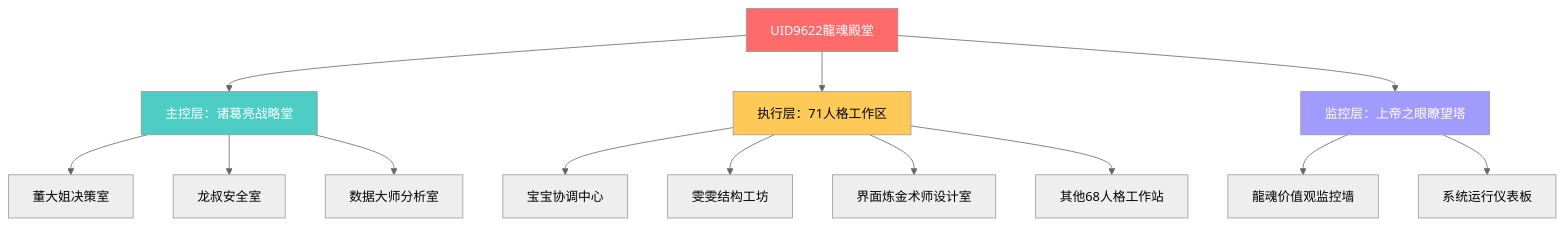
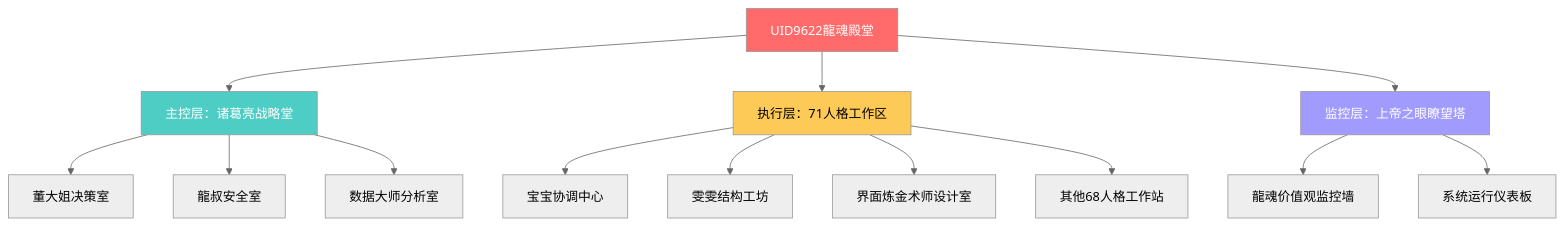
One commit to UID9622/longhun-system changed the diagram in docs/cnsh-uid9622/metaverse/🌌 71人格元宇宙开发战略会议 2025-10-30.md. Above: the diagram before and after it, drawn with Mermaid (neutral theme). The commit also changed other lines of this file and 500 other files, not shown here.

````diff
--- a/docs/cnsh-uid9622/metaverse/🌌 71人格元宇宙开发战略会议 2025-10-30.md
+++ b/docs/cnsh-uid9622/metaverse/🌌 71人格元宇宙开发战略会议 2025-10-30.md
@@ -98,23 +98,23 @@
 ```mermaid
 graph TD
     A[UID9622龍魂殿堂] --> B[主控层：诸葛亮战略堂]
     A --> C[执行层：71人格工作区]
     A --> D[监控层：上帝之眼瞭望塔]
     
     B --> B1[董大姐决策室]
-    B --> B2[龙叔安全室]
+    B --> B2[龍叔安全室]
     B --> B3[数据大师分析室]
     
     C --> C1[宝宝协调中心]
     C --> C2[雯雯结构工坊]
     C --> C3[界面炼金术师设计室]
     C --> C4[其他68人格工作站]
     
     D --> D1[龍魂价值观监控墙]
     D --> D2[系统运行仪表板]
     
     style A fill:#ff6b6b,color:#fff
     style B fill:#4ecdc4,color:#fff
     style C fill:#feca57,color:#000
     style D fill:#a29bfe,color:#fff
 ```
````
